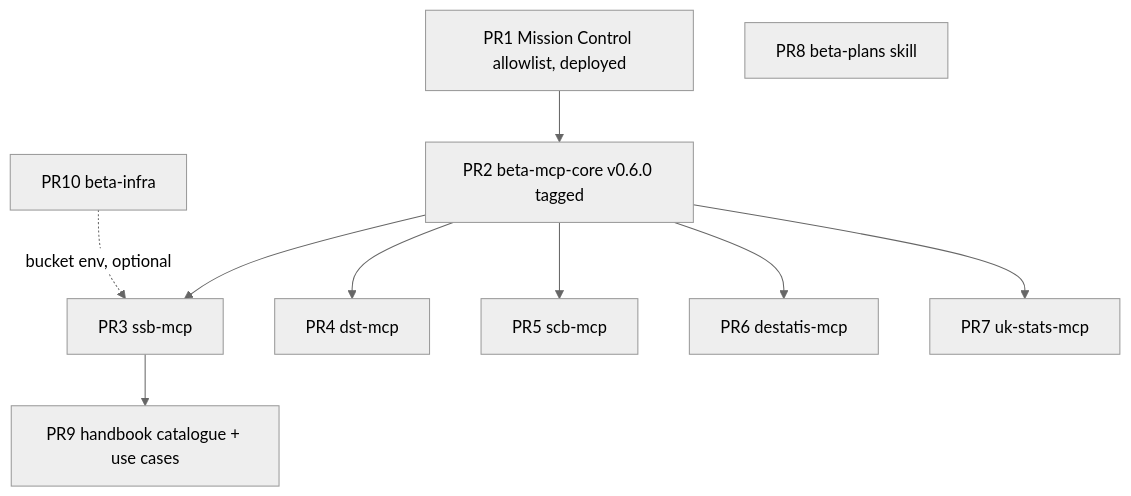
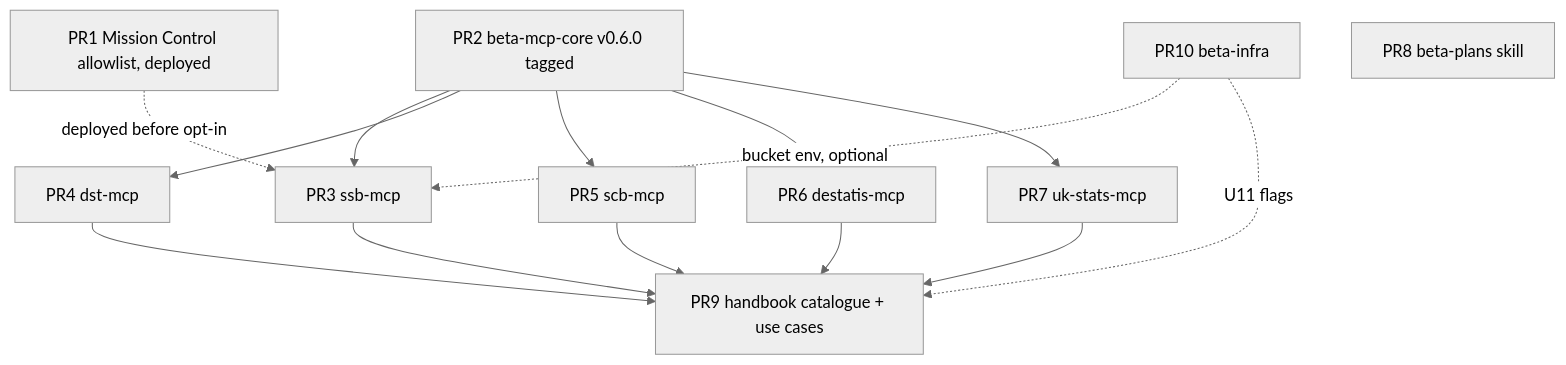
Before and after one commit to betamobility/beta-mcp-core: the second of 2 diagrams in docs/plans/2026-11-23-2040-feat-shared-mcp-response-envelope-plan.md, drawn with Mermaid (neutral theme). The commit also changed other lines of this file, not shown here.

````diff
--- a/docs/plans/2026-11-23-2040-feat-shared-mcp-response-envelope-plan.md
+++ b/docs/plans/2026-11-23-2040-feat-shared-mcp-response-envelope-plan.md
@@ -179,12 +200,19 @@
 ```mermaid
 flowchart TB
-  MC[PR1 Mission Control allowlist, deployed] --> CORE[PR2 beta-mcp-core v0.6.0 tagged]
+  MC[PR1 Mission Control allowlist, deployed]
+  CORE[PR2 beta-mcp-core v0.6.0 tagged]
   CORE --> SSB[PR3 ssb-mcp]
   CORE --> DST[PR4 dst-mcp]
   CORE --> SCB[PR5 scb-mcp]
   CORE --> DES[PR6 destatis-mcp]
   CORE --> UK[PR7 uk-stats-mcp]
   INFRA[PR10 beta-infra] -. bucket env, optional .-> SSB
   SSB --> CAT[PR9 handbook catalogue + use cases]
+  DST --> CAT
+  SCB --> CAT
+  DES --> CAT
+  UK --> CAT
+  INFRA -. U11 flags .-> CAT
+  MC -. deployed before opt-in .-> SSB
   PLANS[PR8 beta-plans skill]
 ```
````
